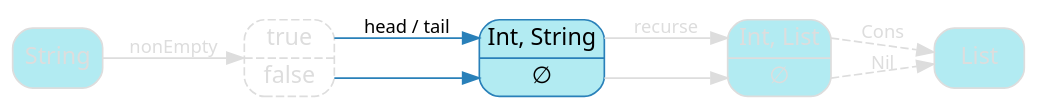
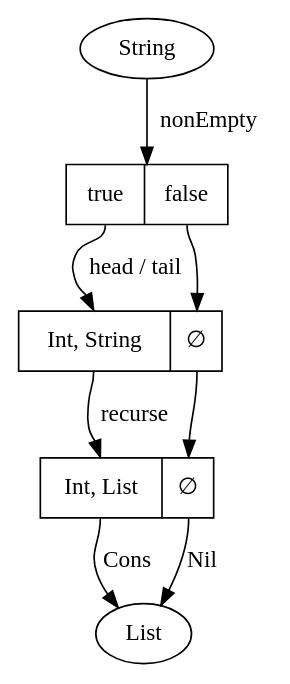
One commit to nrinaudo/recursion-schemes-from-the-ground-up changed the diagram in src/graphviz/unfold-init-hl-5.dot. Above: the diagram before and after it, drawn with Graphviz. The commit also changed 205 other files, not shown here.

Commit message:
Use graphviz stylesheets

```diff
--- a/src/graphviz/unfold-init-hl-5.dot
+++ b/src/graphviz/unfold-init-hl-5.dot
@@ -1,21 +1,17 @@
 digraph {
-    bgcolor=transparent
-    splines=false
-    rankdir=LR
+    String[class="disabled"]
+    ListStruct[shape=record label="<cons> Int, List| <nil> ∅" class="disabled"]
+    ListStruct2[shape=record label="<cons> Int, String| <nil> ∅"]
+    choice[shape=record label="<true> true|<false> false" class="predicate,disabled"]
+    List[class="disabled"]
 
-    // Default theme: disabled
-    node[shape="rectangle" style="rounded,filled" color="#dddddd" fillcolor="#b2ebf2" fontcolor="#dddddd" fontname="Segoe UI,Roboto,Helvetica,Arial,sans-serif"]
-    edge [color="#dddddd" fontcolor="#dddddd" fontname="Segoe UI,Roboto,Helvetica,Arial,sans-serif" fontsize=11]
+    String -> choice[label=nonEmpty class="disabled"]
 
-    ListStruct[shape=record label="<cons> Int, List| <nil> ∅"]
-    ListStruct2[shape=record label="<cons> Int, String| <nil> ∅" color="#2980B9" fillcolor="#b2ebf2" fontcolor="#000000"]
-    choice[shape=record label="<true> true|<false> false" style="dashed,rounded"]
+    choice:true -> ListStruct2:cons[label="head / tail"]
+    choice:false -> ListStruct2:nil
 
-    String           -> choice[label=nonEmpty]
-    choice:true      -> ListStruct2:cons[label="head / tail" color="#2980B9" fontcolor="#000000"]
-    choice:false     -> ListStruct2:nil[color="#2980B9" fontcolor="#000000"]
-    ListStruct2:cons -> ListStruct:cons [label=recurse]
-    ListStruct2:nil  -> ListStruct:nil
-    ListStruct:cons  -> List [style=dashed label="Cons"]
-    ListStruct:nil   -> List [style=dashed label="Nil"]
+    ListStruct2:cons -> ListStruct:cons [label=recurse class="disabled"]
+    ListStruct2:nil  -> ListStruct:nil[class="disabled"]
+    ListStruct:cons  -> List [label="Cons" class="pattern,disabled"]
+    ListStruct:nil   -> List [label="Nil" class="pattern,disabled"]
 }
```
